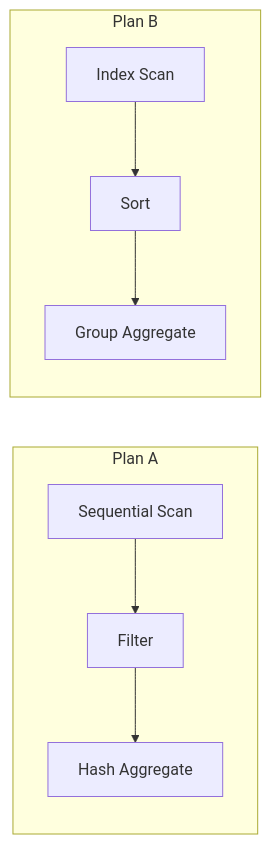
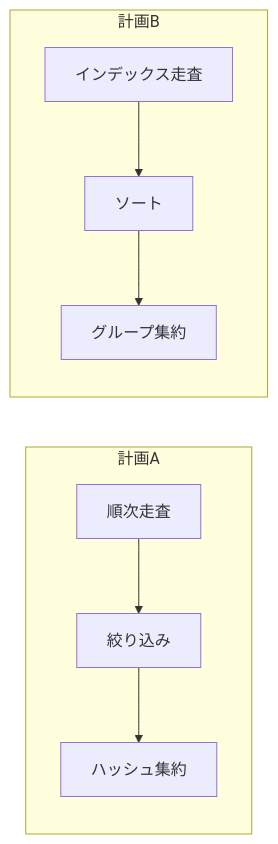
Before and after one commit to hirunebot/database-systems-book: the first of 7 diagrams in src/content/docs/03-query-processing/07-physical-execution.md, drawn with Mermaid. The commit also changed other lines of this file and 42 other files, not shown here.

````diff
--- a/src/content/docs/03-query-processing/07-physical-execution.md
+++ b/src/content/docs/03-query-processing/07-physical-execution.md
@@ -33,9 +33,9 @@
 ```mermaid
 flowchart LR
-    subgraph PlanA["Plan A"]
-        A1["Sequential Scan"] --> A2["Filter"] --> A3["Hash Aggregate"]
+    subgraph PlanA["計画A"]
+        A1["順次走査"] --> A2["絞り込み"] --> A3["ハッシュ集約"]
     end
-    subgraph PlanB["Plan B"]
-        B1["Index Scan"] --> B2["Sort"] --> B3["Group Aggregate"]
+    subgraph PlanB["計画B"]
+        B1["インデックス走査"] --> B2["ソート"] --> B3["グループ集約"]
     end
 ```
````
